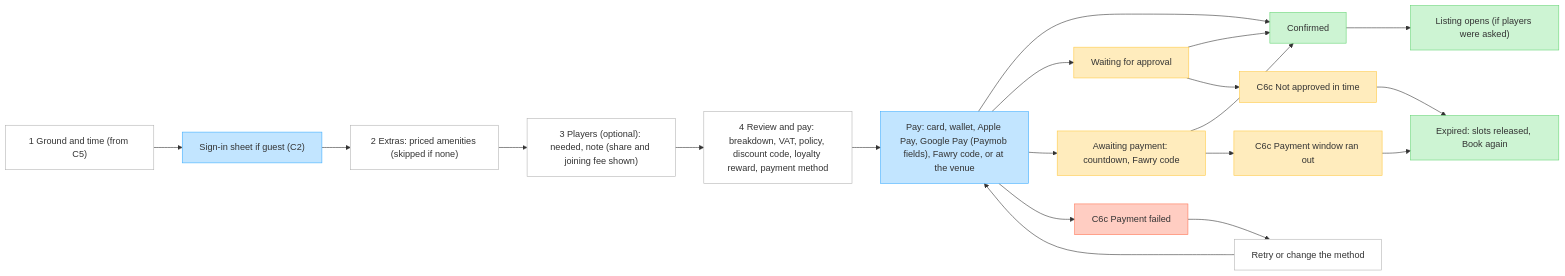
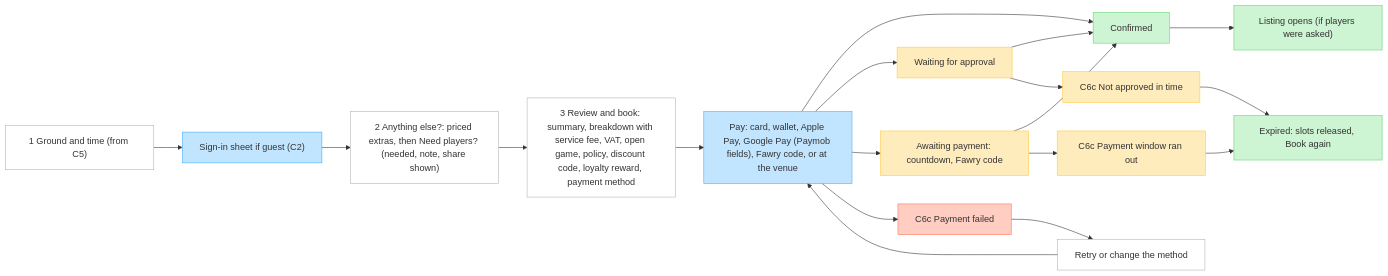
The sixth of 30 diagrams in docs/flows.md (ammarsarhan/hagz), drawn with Mermaid before and after one commit. The commit also changed other lines of this file, not shown here.

Commit message:
Describe the checkout's players step inside Anything else?

````diff
--- a/docs/flows.md
+++ b/docs/flows.md
@@ -120,21 +120,20 @@
 ```mermaid
 flowchart LR
   classDef default fill:#FFFFFF,stroke:#B3B3B3
   classDef sheet fill:#C2E5FF,stroke:#3DADFF
   classDef state fill:#FFECBD,stroke:#FFC943
   classDef result fill:#CDF4D3,stroke:#66D575
   classDef danger fill:#FFCDC2,stroke:#FF7556
-  s1["1 Ground and time (from C5)"] --> signin["Sign-in sheet if guest (C2)"]:::sheet --> s2["2 Extras: priced amenities (skipped if none)"]
-  s2 --> s3["3 Players (optional): needed, note (share and joining fee shown)"]
-  s3 --> s4["4 Review and pay: breakdown, VAT, policy, discount code, loyalty reward, payment method"]
-  s4 --> pay["Pay: card, wallet, Apple Pay, Google Pay (Paymob fields), Fawry code, or at the venue"]:::sheet
+  s1["1 Ground and time (from C5)"] --> signin["Sign-in sheet if guest (C2)"]:::sheet --> s2["2 Anything else?: priced extras, then Need players? (needed, note, share shown)"]
+  s2 --> s3["3 Review and book: summary, breakdown with service fee, VAT, open game, policy, discount code, loyalty reward, payment method"]
+  s3 --> pay["Pay: card, wallet, Apple Pay, Google Pay (Paymob fields), Fawry code, or at the venue"]:::sheet
   pay --> confirmed["Confirmed"]:::result
   pay --> approval["Waiting for approval"]:::state
   pay --> awaiting["Awaiting payment: countdown, Fawry code"]:::state
   approval --> confirmed
   awaiting --> confirmed
   confirmed --> listing["Listing opens (if players were asked)"]:::result
   pay --> failed["C6c Payment failed"]:::danger --> retry["Retry or change the method"] --> pay
   awaiting --> ranOut["C6c Payment window ran out"]:::state --> expired["Expired: slots released, Book again"]:::result
   approval --> notApproved["C6c Not approved in time"]:::state --> expired
 ```
````
